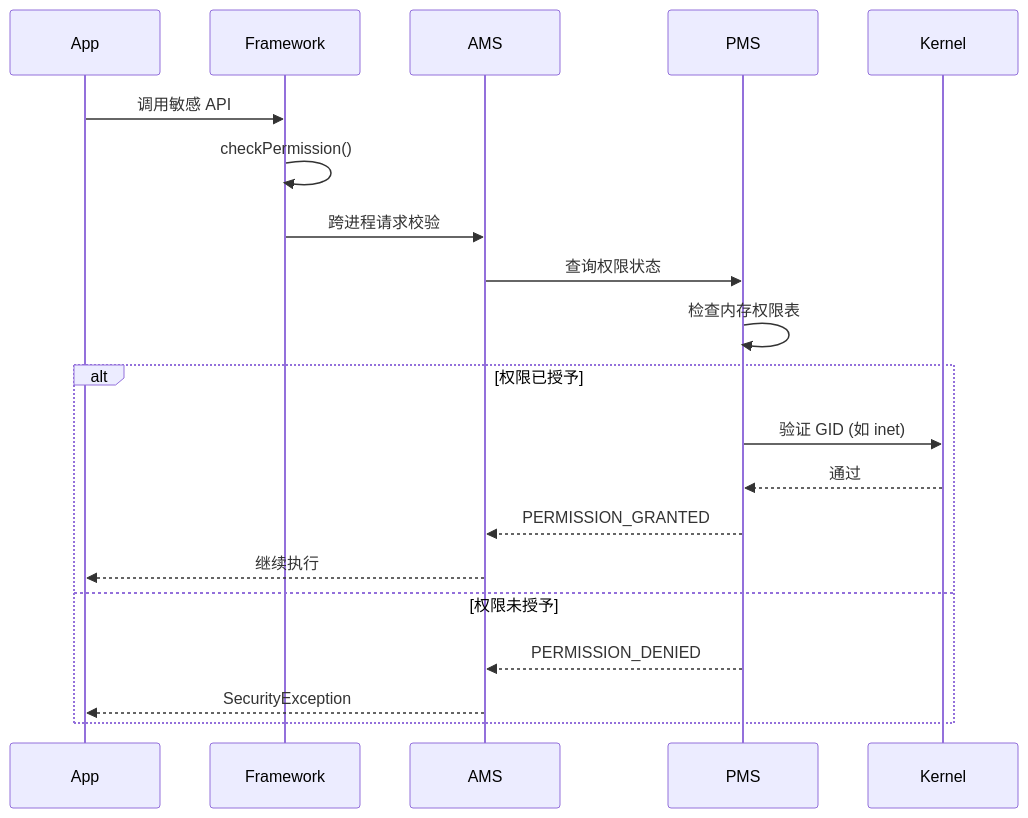
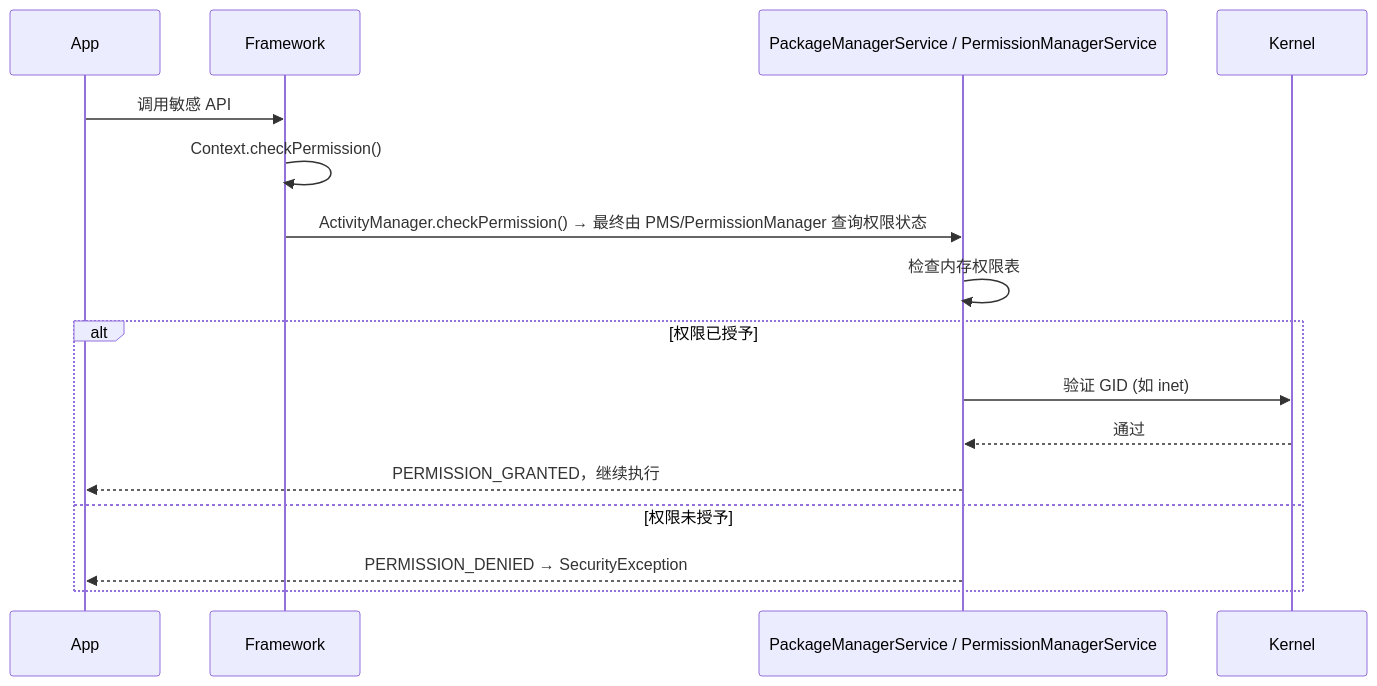
The diagram in docs/notes/android/01-sandbox/02-permission-model.md (StarNekOvO/hunternote), drawn with Mermaid before and after one commit. The commit also changed other lines of this file and 20 other files, not shown here.

````diff
--- a/docs/notes/android/01-sandbox/02-permission-model.md
+++ b/docs/notes/android/01-sandbox/02-permission-model.md
@@ -64,23 +64,19 @@
 ```mermaid
 sequenceDiagram
     participant App
     participant Framework
-    participant AMS
-    participant PMS
+    participant PermMgr as PackageManagerService / PermissionManagerService
     participant Kernel
     
     App->>Framework: 调用敏感 API
-    Framework->>Framework: checkPermission()
-    Framework->>AMS: 跨进程请求校验
-    AMS->>PMS: 查询权限状态
-    PMS->>PMS: 检查内存权限表
+    Framework->>Framework: Context.checkPermission()
+    Framework->>PermMgr: ActivityManager.checkPermission() → 最终由 PMS/PermissionManager 查询权限状态
+    PermMgr->>PermMgr: 检查内存权限表
     alt 权限已授予
-        PMS->>Kernel: 验证 GID (如 inet)
-        Kernel-->>PMS: 通过
-        PMS-->>AMS: PERMISSION_GRANTED
-        AMS-->>App: 继续执行
+        PermMgr->>Kernel: 验证 GID (如 inet)
+        Kernel-->>PermMgr: 通过
+        PermMgr-->>App: PERMISSION_GRANTED，继续执行
     else 权限未授予
-        PMS-->>AMS: PERMISSION_DENIED
-        AMS-->>App: SecurityException
+        PermMgr-->>App: PERMISSION_DENIED → SecurityException
     end
 ```
````
